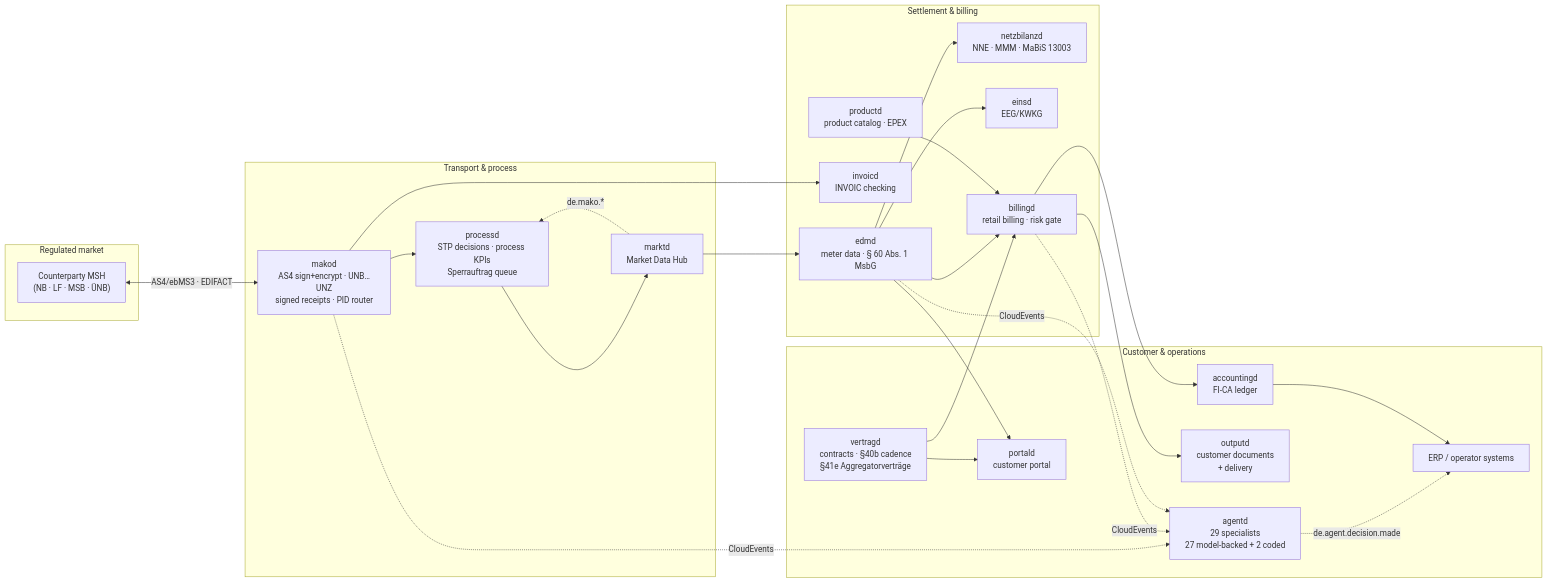
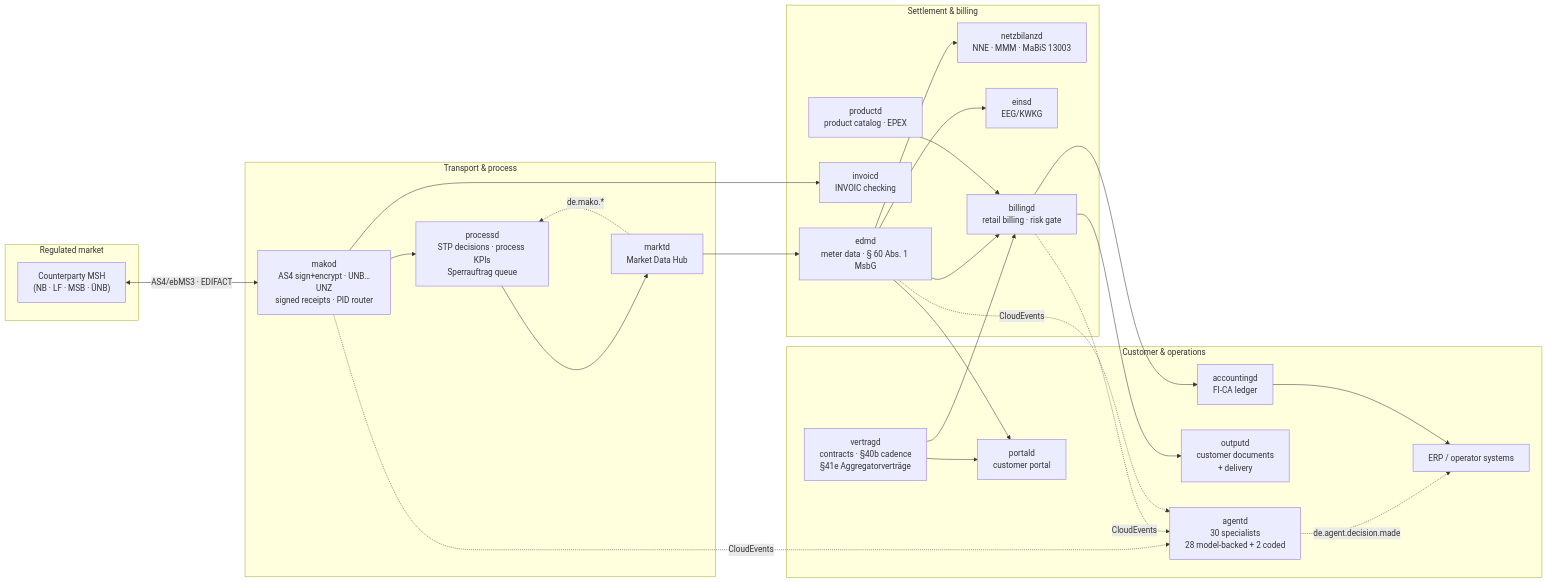
One commit to hupe1980/mako changed the diagram in README.md. Above: the diagram before and after it, drawn with Mermaid. The commit also changed other lines of this file and 568 other files, not shown here.

````diff
--- a/README.md
+++ b/README.md
@@ -76,44 +76,44 @@
 ```mermaid
 flowchart LR
     subgraph Market["Regulated market"]
         MP["Counterparty MSH<br/>(NB · LF · MSB · ÜNB)"]
     end
 
     subgraph Transport["Transport & process"]
         MAKOD["makod<br/>AS4 sign+encrypt · UNB…UNZ<br/>signed receipts · PID router"]
         PROCESSD["processd<br/>STP decisions · process KPIs<br/>Sperrauftrag queue"]
         MARKTD["marktd<br/>Market Data Hub"]
     end
 
     subgraph Settlement["Settlement & billing"]
         EDMD["edmd<br/>meter data · § 60 Abs. 1 MsbG"]
         NETZB["netzbilanzd<br/>NNE · MMM · MaBiS 13003"]
         EINSD["einsd<br/>EEG/KWKG"]
         BILLINGD["billingd<br/>retail billing · risk gate"]
         INVOICD["invoicd<br/>INVOIC checking"]
         PRODUCTD["productd<br/>product catalog · EPEX"]
     end
 
     subgraph Business["Customer & operations"]
         VERTRAGD["vertragd<br/>contracts · §40b cadence<br/>§41e Aggregatorverträge"]
         ACCOUNTINGD["accountingd<br/>FI-CA ledger"]
         OUTPUTD["outputd<br/>customer documents<br/>+ delivery"]
         PORTALD["portald<br/>customer portal"]
-        AGENTD["agentd<br/>29 specialists<br/>27 model-backed + 2 coded"]
+        AGENTD["agentd<br/>30 specialists<br/>28 model-backed + 2 coded"]
         ERP["ERP / operator systems"]
     end
 
     MP <-->|"AS4/ebMS3 · EDIFACT"| MAKOD
     MAKOD --> PROCESSD --> MARKTD
     MARKTD --> EDMD --> NETZB & EINSD & BILLINGD
     MAKOD --> INVOICD
     PRODUCTD --> BILLINGD
     BILLINGD --> ACCOUNTINGD
     BILLINGD --> OUTPUTD
     VERTRAGD --> BILLINGD
     EDMD & VERTRAGD --> PORTALD
     MARKTD -.->|"de.mako.*"| PROCESSD
     MAKOD & BILLINGD & EDMD -.->|"CloudEvents"| AGENTD
     AGENTD -.->|"de.agent.decision.made"| ERP
     ACCOUNTINGD --> ERP
 ```
````
